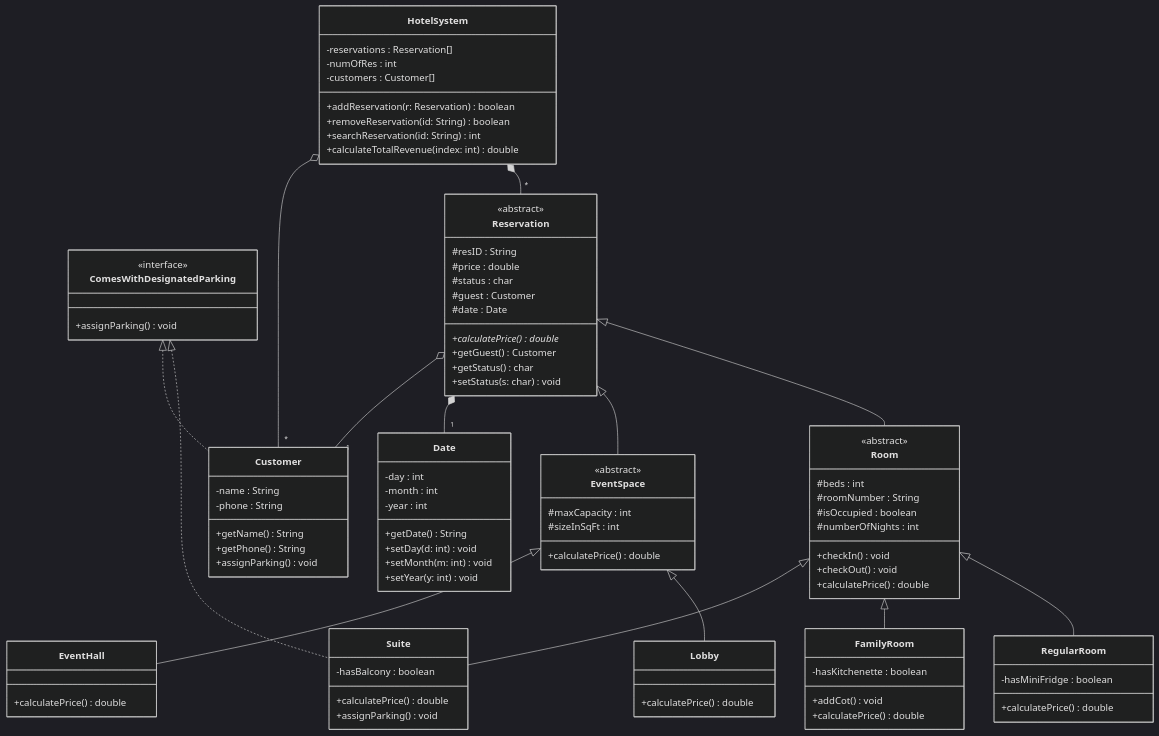
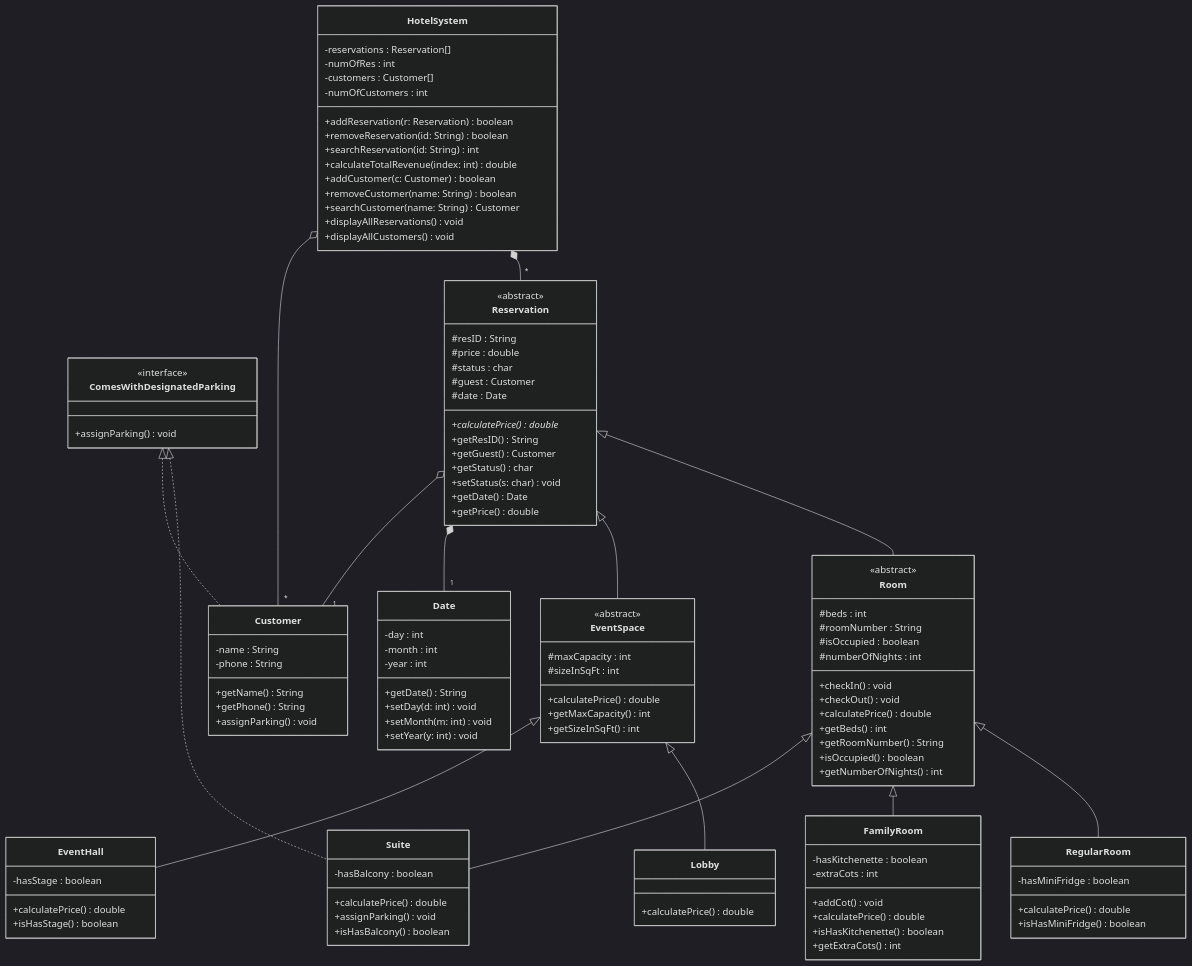
One commit to i1SaSa/113CSC-HotelProject changed the diagram in README.md. Above: the diagram before and after it, drawn with Mermaid (dark theme). The commit also changed 11 other files, not shown here.

Commit message:
Refactor classes to use double for price attributes and update customer management methods

````diff
--- a/README.md
+++ b/README.md
@@ -15,10 +15,16 @@
         -reservations : Reservation[]
         -numOfRes : int
         -customers : Customer[]
+        -numOfCustomers : int
         +addReservation(r: Reservation) boolean
         +removeReservation(id: String) boolean
         +searchReservation(id: String) int
         +calculateTotalRevenue(index: int) double
+        +addCustomer(c: Customer) boolean
+        +removeCustomer(name: String) boolean
+        +searchCustomer(name: String) Customer
+        +displayAllReservations() void
+        +displayAllCustomers() void
     }
 
     class Date {
@@ -47,9 +53,12 @@
         #guest : Customer
         #date : Date
         +calculatePrice()* double
+        +getResID() String
         +getGuest() Customer
         +getStatus() char
         +setStatus(s: char) void
+        +getDate() Date
+        +getPrice() double
     }
 
     class Room {
@@ -61,6 +70,10 @@
         +checkIn() void
         +checkOut() void
         +calculatePrice() double
+        +getBeds() int
+        +getRoomNumber() String
+        +isOccupied() boolean
+        +getNumberOfNights() int
     }
 
     class EventSpace {
@@ -68,23 +81,30 @@
         #maxCapacity : int
         #sizeInSqFt : int
         +calculatePrice() double
+        +getMaxCapacity() int
+        +getSizeInSqFt() int
     }
 
     class RegularRoom {
         -hasMiniFridge : boolean
         +calculatePrice() double
+        +isHasMiniFridge() boolean
     }
 
     class FamilyRoom {
         -hasKitchenette : boolean
+        -extraCots : int
         +addCot() void
         +calculatePrice() double
+        +isHasKitchenette() boolean
+        +getExtraCots() int
     }
 
     class Suite {
         -hasBalcony : boolean
         +calculatePrice() double
         +assignParking() void
+        +isHasBalcony() boolean
     }
 
     class Lobby {
@@ -92,7 +112,9 @@
     }
 
     class EventHall {
+        -hasStage : boolean
         +calculatePrice() double
+        +isHasStage() boolean
     }
 
     Reservation <|-- Room 
@@ -111,4 +133,5 @@
     
     HotelSystem o-- "*" Customer 
     Reservation o-- "1" Customer
+
 ```
````
